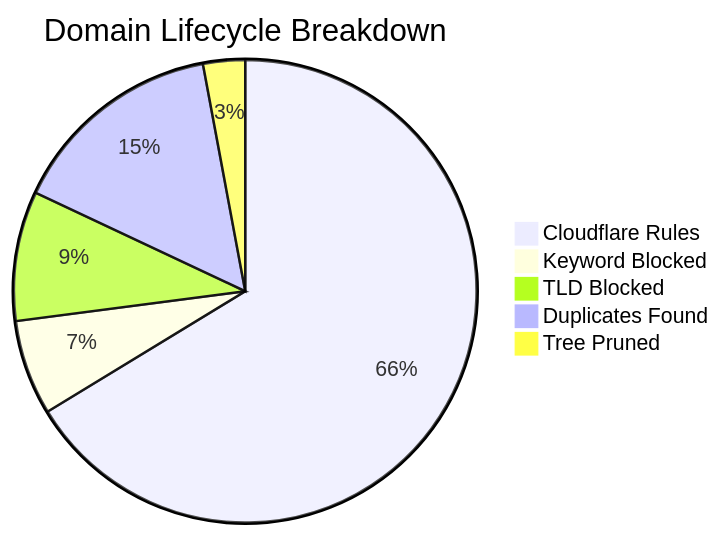
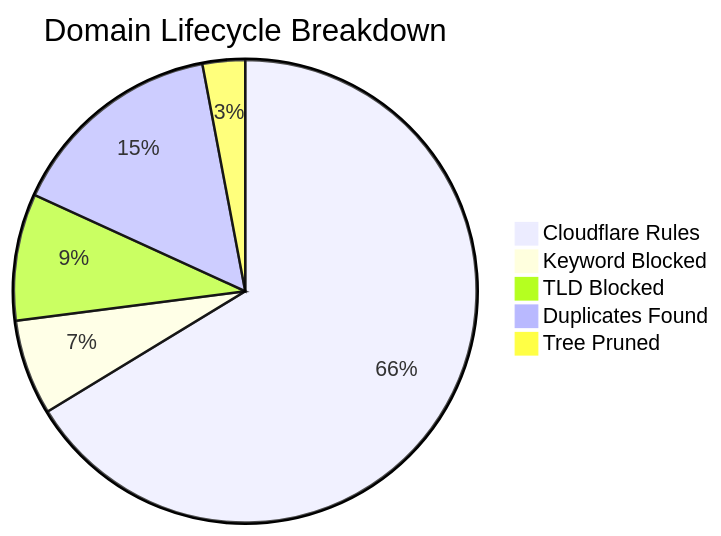
The diagram in README_STATS.md (brojangles24/Cloudflare-ZeroTrust-AdBlock), drawn with Mermaid before and after one commit. The commit also changed other lines of this file and 1 other file, not shown here.

````diff
--- a/README_STATS.md
+++ b/README_STATS.md
@@ -5,8 +5,8 @@
 ```mermaid
 pie title Domain Lifecycle Breakdown
-    "Cloudflare Rules" : 277574
-    "Keyword Blocked" : 27827
-    "TLD Blocked" : 37926
-    "Duplicates Found" : 63103
-    "Tree Pruned" : 12279
+    "Cloudflare Rules" : 274734
+    "Keyword Blocked" : 27636
+    "TLD Blocked" : 36712
+    "Duplicates Found" : 63006
+    "Tree Pruned" : 12313
 ```
````
